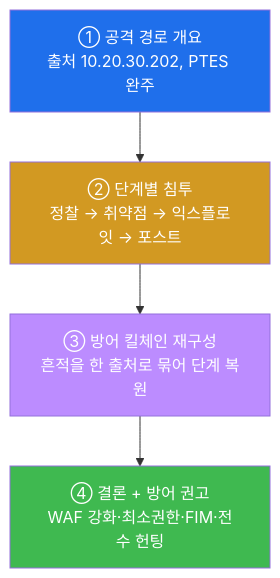
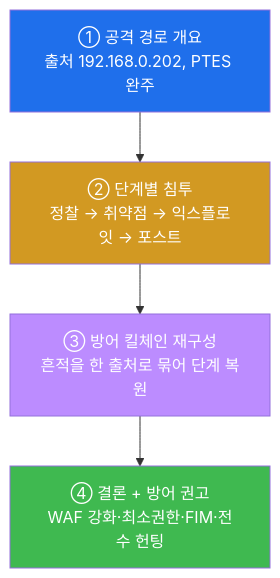
One commit to mrgrit/tw2 changed the seventh of 10 diagrams in contents/training/attack/lecture_week15.md. Above: the diagram before and after it, drawn with Mermaid. The commit also changed other lines of this file and 304 other files, not shown here.

````diff
--- a/contents/training/attack/lecture_week15.md
+++ b/contents/training/attack/lecture_week15.md
@@ -440,12 +440,12 @@
 ```mermaid
 graph TD
-    P1["① 공격 경로 개요<br/>출처 10.20.30.202, PTES 완주"]
+    P1["① 공격 경로 개요<br/>출처 192.168.0.202, PTES 완주"]
     P2["② 단계별 침투<br/>정찰 → 취약점 → 익스플로잇 → 포스트"]
     P3["③ 방어 킬체인 재구성<br/>흔적을 한 출처로 묶어 단계 복원"]
     P4["④ 결론 + 방어 권고<br/>WAF 강화·최소권한·FIM·전수 헌팅"]
     P1 --> P2 --> P3 --> P4
     style P1 fill:#1f6feb,color:#fff
     style P2 fill:#d29922,color:#fff
     style P3 fill:#bc8cff,color:#fff
     style P4 fill:#3fb950,color:#fff
 ```
````
